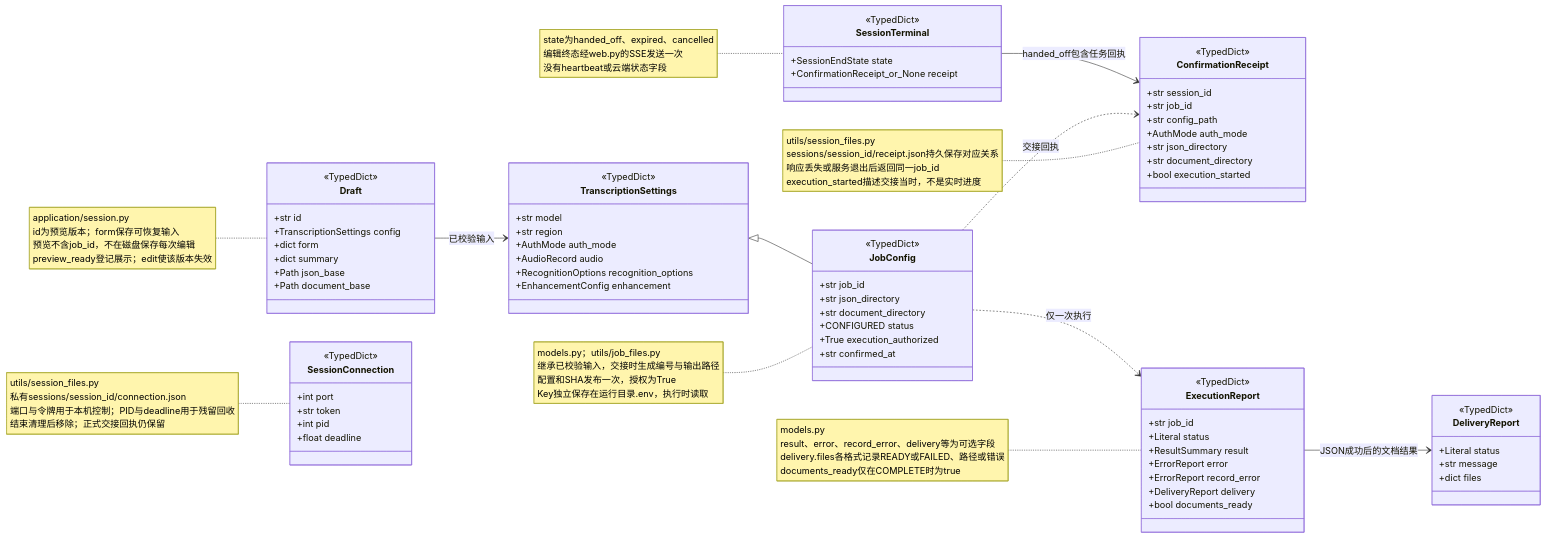
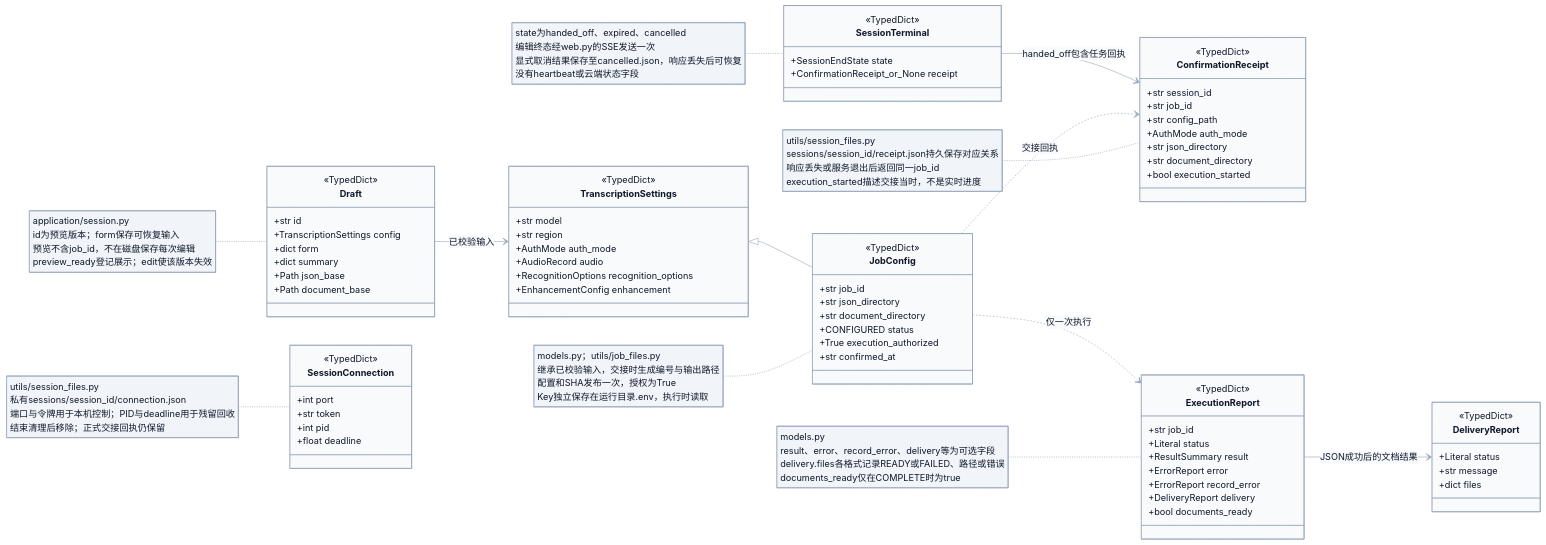
Before and after one commit to hx101700/memoflow: the diagram in doc/uml/01c-protocol.mmd, drawn with Mermaid. The commit also changed 34 other files, not shown here.

```diff
--- a/doc/uml/01c-protocol.mmd
+++ b/doc/uml/01c-protocol.mmd
@@ -1,80 +1,94 @@
+---
+config:
+  theme: base
+  fontFamily: Arial, Microsoft YaHei, sans-serif
+  themeVariables:
+    primaryColor: '#f8fafc'
+    primaryTextColor: '#0f172a'
+    primaryBorderColor: '#94a3b8'
+    lineColor: '#94a3b8'
+    noteBkgColor: '#f1f5f9'
+    noteTextColor: '#0f172a'
+    noteBorderColor: '#94a3b8'
+    edgeLabelBackground: '#ffffff'
+---
 classDiagram
 direction LR
 class TranscriptionSettings {
   <<TypedDict>>
   +str model
   +str region
   +AuthMode auth_mode
   +AudioRecord audio
   +RecognitionOptions recognition_options
   +EnhancementConfig enhancement
 }
 class Draft {
   <<TypedDict>>
   +str id
   +TranscriptionSettings config
   +dict form
   +dict summary
   +Path json_base
   +Path document_base
 }
 class JobConfig {
   <<TypedDict>>
   +str job_id
   +str json_directory
   +str document_directory
   +CONFIGURED status
   +True execution_authorized
   +str confirmed_at
 }
 class ConfirmationReceipt {
   <<TypedDict>>
   +str session_id
   +str job_id
   +str config_path
   +AuthMode auth_mode
   +str json_directory
   +str document_directory
   +bool execution_started
 }
 class SessionConnection {
   <<TypedDict>>
   +int port
   +str token
   +int pid
   +float deadline
 }
 class SessionTerminal {
   <<TypedDict>>
   +SessionEndState state
   +ConfirmationReceipt_or_None receipt
 }
 class ExecutionReport {
   <<TypedDict>>
   +str job_id
   +Literal status
   +ResultSummary result
   +ErrorReport error
   +ErrorReport record_error
   +DeliveryReport delivery
   +bool documents_ready
 }
 class DeliveryReport {
   <<TypedDict>>
   +Literal status
   +str message
   +dict files
 }
 TranscriptionSettings <|-- JobConfig
 Draft --> TranscriptionSettings : 已校验输入
 JobConfig ..> ConfirmationReceipt : 交接回执
 SessionTerminal --> ConfirmationReceipt : handed_off包含任务回执
 JobConfig ..> ExecutionReport : 仅一次执行
 ExecutionReport --> DeliveryReport : JSON成功后的文档结果
 note for Draft "application/session.py<br/>id为预览版本；form保存可恢复输入<br/>预览不含job_id，不在磁盘保存每次编辑<br/>preview_ready登记展示；edit使该版本失效"
 note for JobConfig "models.py；utils/job_files.py<br/>继承已校验输入，交接时生成编号与输出路径<br/>配置和SHA发布一次，授权为True<br/>Key独立保存在运行目录.env，执行时读取"
 note for ConfirmationReceipt "utils/session_files.py<br/>sessions/session_id/receipt.json持久保存对应关系<br/>响应丢失或服务退出后返回同一job_id<br/>execution_started描述交接当时，不是实时进度"
-note for SessionTerminal "state为handed_off、expired、cancelled<br/>编辑终态经web.py的SSE发送一次<br/>没有heartbeat或云端状态字段"
+note for SessionTerminal "state为handed_off、expired、cancelled<br/>编辑终态经web.py的SSE发送一次<br/>显式取消结果保存至cancelled.json，响应丢失后可恢复<br/>没有heartbeat或云端状态字段"
 note for ExecutionReport "models.py<br/>result、error、record_error、delivery等为可选字段<br/>delivery.files各格式记录READY或FAILED、路径或错误<br/>documents_ready仅在COMPLETE时为true"
 
 note for SessionConnection "utils/session_files.py<br/>私有sessions/session_id/connection.json<br/>端口与令牌用于本机控制；PID与deadline用于残留回收<br/>结束清理后移除；正式交接回执仍保留"
```
